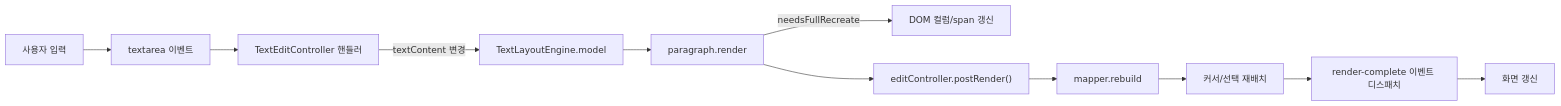
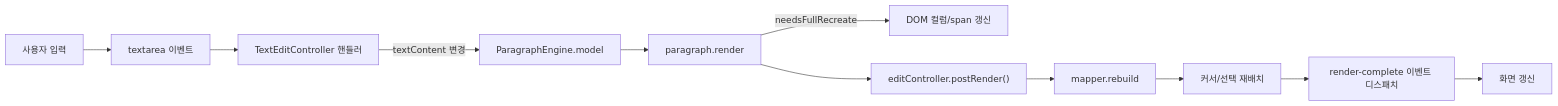
One commit to kyiimn/layout-element changed the second of 14 diagrams in docs/EDITING_TEXT.md. Above: the diagram before and after it, drawn with Mermaid. The commit also changed other lines of this file and 3 other files, not shown here.

First line of the commit message:
docs: EDITING_TEXT/INSERT/PLACE_GUN/TABLE — 엔진 참조 전환 + useEngineCoordinateQueries 문서화

````diff
--- a/docs/EDITING_TEXT.md
+++ b/docs/EDITING_TEXT.md
@@ -66,13 +68,13 @@
 ```mermaid
 flowchart LR
     A[사용자 입력] --> B["textarea 이벤트"]
     B --> C[TextEditController 핸들러]
-    C -->|textContent 변경| D["TextLayoutEngine.model"]
+    C -->|textContent 변경| D["ParagraphEngine.model"]
     D --> E[paragraph.render]
     E -->|needsFullRecreate| F[DOM 컬럼/span 갱신]
     E --> G["editController.postRender()"]
     G --> H[mapper.rebuild]
     H --> I["커서/선택 재배치"]
     I --> J[render-complete 이벤트 디스패치]
     J --> K[화면 갱신]
 ```
````
